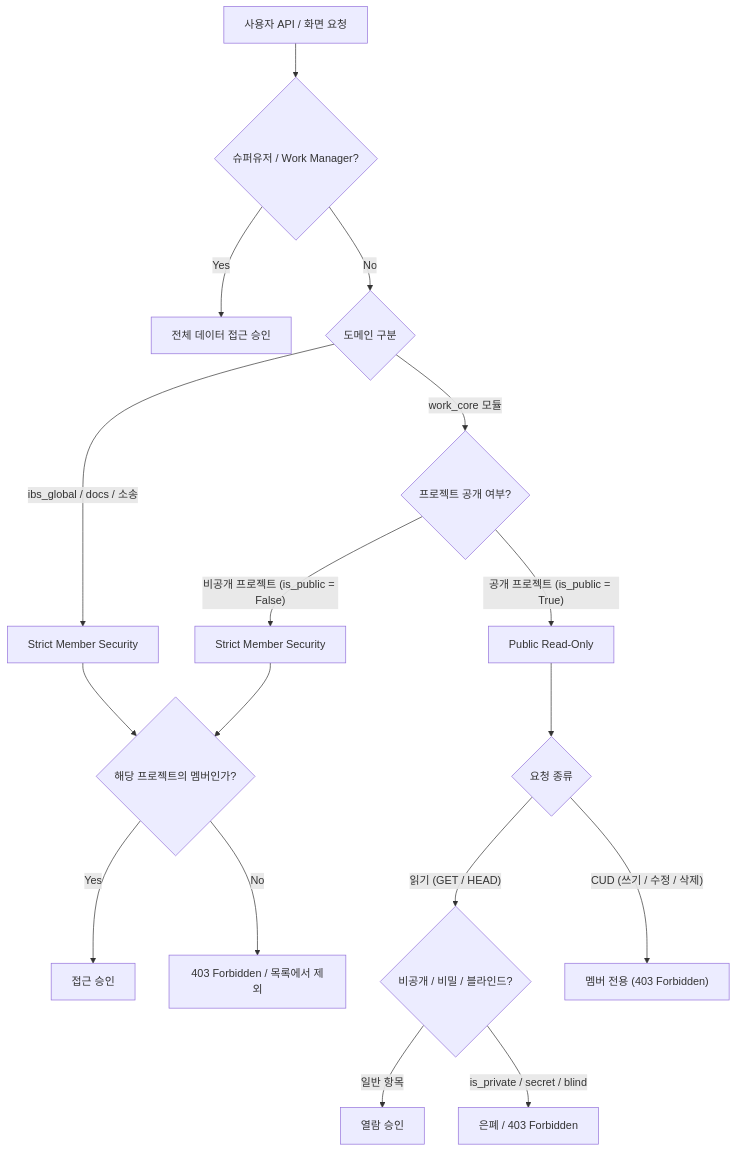
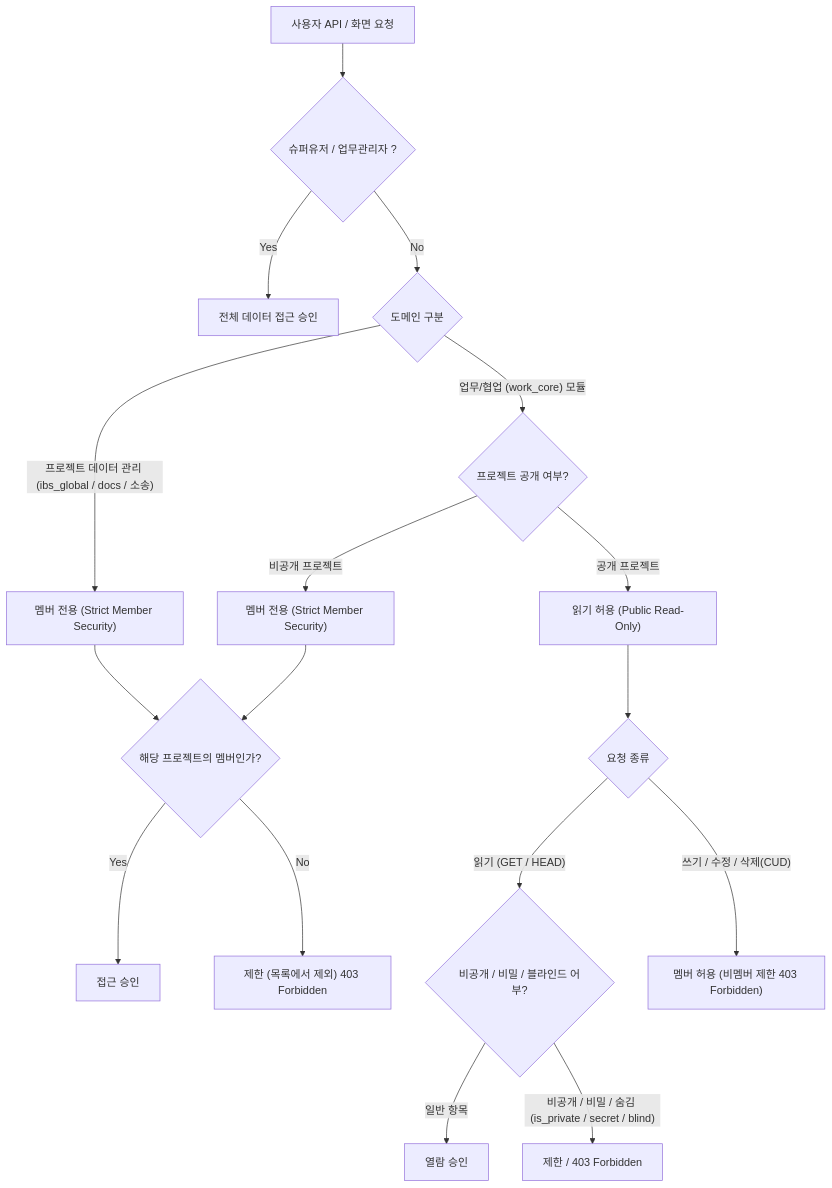
One commit to nc2U/ibs changed the diagram in app/vue/docs/intro/security-policy.md. Above: the diagram before and after it, drawn with Mermaid.

Commit message:
docs api update

````diff
--- a/app/vue/docs/intro/security-policy.md
+++ b/app/vue/docs/intro/security-policy.md
@@ -11,19 +11,19 @@
 ```mermaid
 flowchart TD
-    A["사용자 API / 화면 요청"] --> B{"슈퍼유저 / Work Manager?"}
+    A["사용자 API / 화면 요청"] --> B{"슈퍼유저 / 업무관리자 ?"}
     B -- Yes --> C["전체 데이터 접근 승인"]
     B -- No --> D{"도메인 구분"}
-    D -- " ibs_global / docs / 소송 " --> E["Strict Member Security"]
+    D -- " 프로젝트 데이터 관리 (ibs_global / docs / 소송) " --> E["멤버 전용 (Strict Member Security)"]
     E --> E1{"해당 프로젝트의 멤버인가?"}
     E1 -- Yes --> E2["접근 승인"]
-    E1 -- No --> E3["403 Forbidden / 목록에서 제외"]
-    D -- " work_core 모듈 " --> F{"프로젝트 공개 여부?"}
-    F -- " 공개 프로젝트 (is_public = True) " --> G["Public Read-Only"]
+    E1 -- No --> E3["제한 (목록에서 제외) 403 Forbidden"]
+    D -- " 업무/협업 (work_core) 모듈 " --> F{"프로젝트 공개 여부?"}
+    F -- " 공개 프로젝트 " --> G["읽기 허용 (Public Read-Only)"]
     G --> G1{"요청 종류"}
-    G1 -- " 읽기 (GET / HEAD) " --> G2{"비공개 / 비밀 / 블라인드?"}
+    G1 -- " 읽기 (GET / HEAD) " --> G2{"비공개 / 비밀 / 블라인드 어부?"}
     G2 -- " 일반 항목 " --> G3["열람 승인"]
-    G2 -- " is_private / secret / blind " --> G4["은폐 / 403 Forbidden"]
-    G1 -- " CUD (쓰기 / 수정 / 삭제) " --> G5["멤버 전용 (403 Forbidden)"]
-    F -- " 비공개 프로젝트 (is_public = False) " --> H["Strict Member Security"]
+    G2 -- " 비공개 / 비밀 / 숨김 (is_private / secret / blind) " --> G4["제한 / 403 Forbidden"]
+    G1 -- " 쓰기 / 수정 / 삭제(CUD) " --> G5["멤버 허용 (비멤버 제한 403 Forbidden)"]
+    F -- " 비공개 프로젝트 " --> H["멤버 전용 (Strict Member Security)"]
     H --> E1
 ```
````
